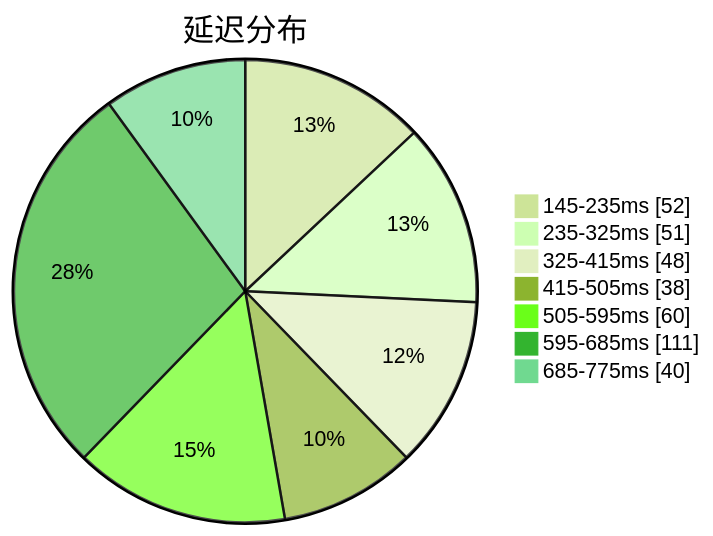
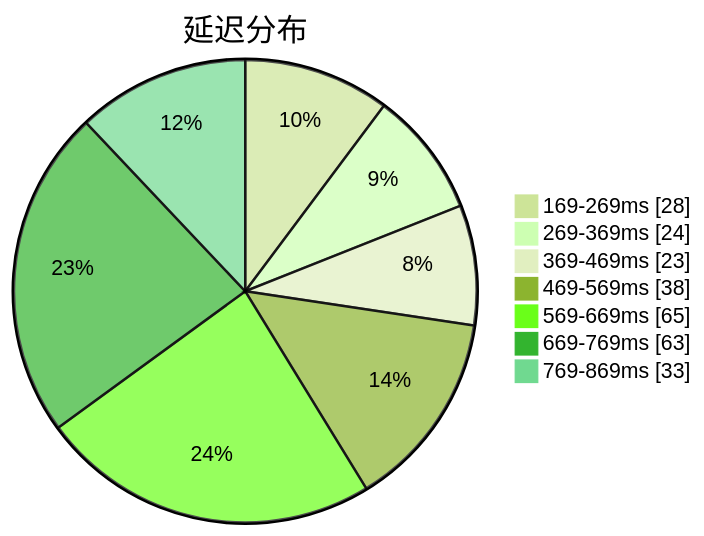
One commit to qjlxg/airport changed the first of 3 diagrams in subs/statistics/tested_within.md. Above: the diagram before and after it, drawn with Mermaid (forest theme). The commit also changed other lines of this file and 2 other files, not shown here.

Commit message:
Tested by metaST

````diff
--- a/subs/statistics/tested_within.md
+++ b/subs/statistics/tested_within.md
@@ -2,11 +2,11 @@
 ```mermaid
 pie showData
 title 延迟分布
-"145-235ms" : 52
-"235-325ms" : 51
-"325-415ms" : 48
-"415-505ms" : 38
-"505-595ms" : 60
-"595-685ms" : 111
-"685-775ms" : 40
+"169-269ms" : 28
+"269-369ms" : 24
+"369-469ms" : 23
+"469-569ms" : 38
+"569-669ms" : 65
+"669-769ms" : 63
+"769-869ms" : 33
 ```
````
